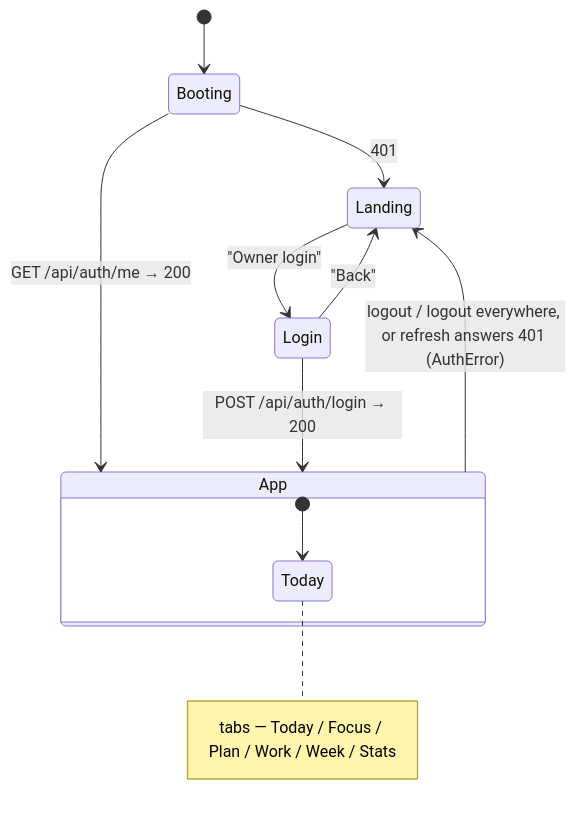
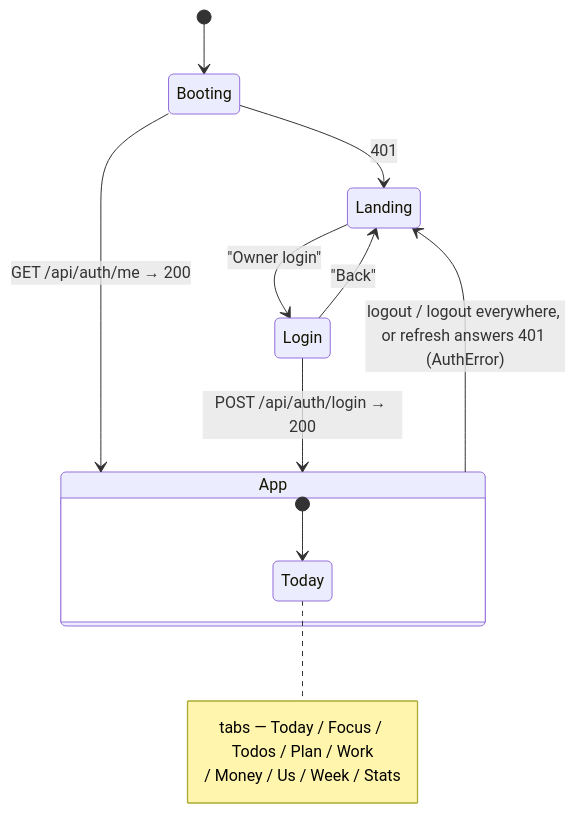
One commit to caseythecoder90/grindtrack changed the first of 2 diagrams in gt2/docs/frontend.md. Above: the diagram before and after it, drawn with Mermaid. The commit also changed other lines of this file and 16 other files, not shown here.

````diff
--- a/gt2/docs/frontend.md
+++ b/gt2/docs/frontend.md
@@ -74,14 +106,17 @@
 ```mermaid
 stateDiagram-v2
     [*] --> Booting
     Booting --> App : GET /api/auth/me → 200
     Booting --> Landing : 401
     Landing --> Login : "Owner login"
     Login --> App : POST /api/auth/login → 200
     Login --> Landing : "Back"
     App --> Landing : logout / logout everywhere, or refresh answers 401 (AuthError)
     state App {
         [*] --> Today
-        note right of Today : tabs — Today / Focus / Plan / Work / Week / Stats
+        note right of Today
+            tabs — Today / Focus / Todos / Plan / Work
+            / Money / Us / Week / Stats
+        end note
     }
 ```
````
